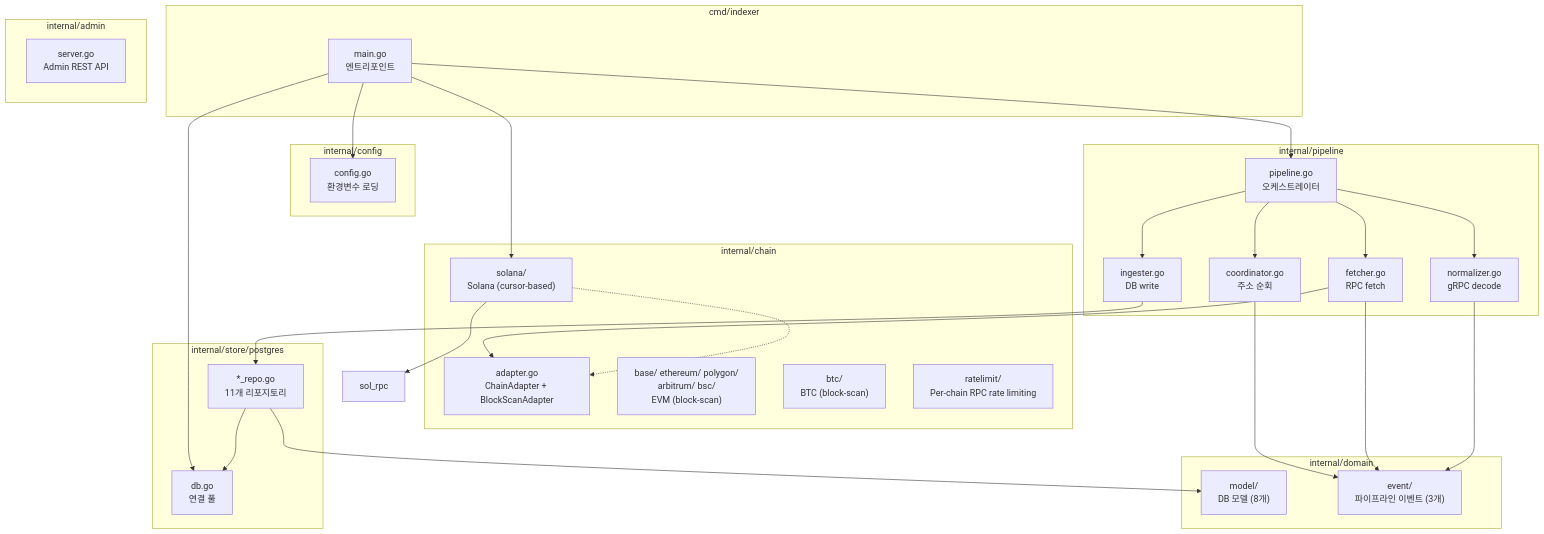
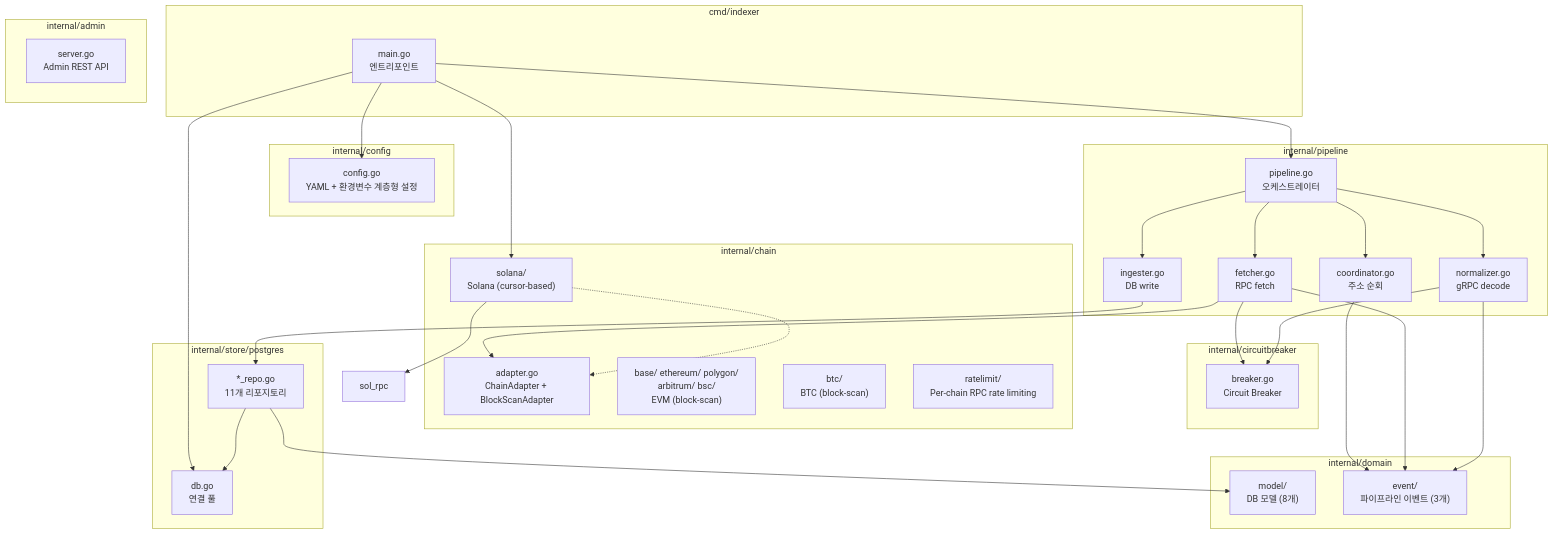
One commit to emperorhan/multichain-indexer changed the third of 8 diagrams in docs/architecture.md. Above: the diagram before and after it, drawn with Mermaid. The commit also changed other lines of this file and 8 other files, not shown here.

````diff
--- a/docs/architecture.md
+++ b/docs/architecture.md
@@ -129,58 +132,64 @@
 ```mermaid
 graph TB
     subgraph "cmd/indexer"
         main["main.go<br/>엔트리포인트"]
     end
 
     subgraph "internal/config"
-        config["config.go<br/>환경변수 로딩"]
+        config["config.go<br/>YAML + 환경변수 계층형 설정"]
+    end
+
+    subgraph "internal/circuitbreaker"
+        cb["breaker.go<br/>Circuit Breaker"]
     end
 
     subgraph "internal/pipeline"
         pipeline["pipeline.go<br/>오케스트레이터"]
         coord["coordinator.go<br/>주소 순회"]
         fetch["fetcher.go<br/>RPC fetch"]
         norm["normalizer.go<br/>gRPC decode"]
         ingest["ingester.go<br/>DB write"]
     end
 
     subgraph "internal/chain"
         adapter_if["adapter.go<br/>ChainAdapter + BlockScanAdapter"]
         sol_adapter["solana/<br/>Solana (cursor-based)"]
         evm_adapters["base/ ethereum/ polygon/<br/>arbitrum/ bsc/<br/>EVM (block-scan)"]
         btc_adapter["btc/<br/>BTC (block-scan)"]
         ratelimit["ratelimit/<br/>Per-chain RPC rate limiting"]
     end
 
     subgraph "internal/admin"
         admin_api["server.go<br/>Admin REST API"]
     end
 
     subgraph "internal/store/postgres"
         db["db.go<br/>연결 풀"]
         repos["*_repo.go<br/>11개 리포지토리"]
     end
 
     subgraph "internal/domain"
         models["model/<br/>DB 모델 (8개)"]
         events["event/<br/>파이프라인 이벤트 (3개)"]
     end
 
     main --> config
     main --> pipeline
     main --> sol_adapter
     main --> db
     pipeline --> coord
     pipeline --> fetch
     pipeline --> norm
     pipeline --> ingest
+    fetch --> cb
     fetch --> adapter_if
+    norm --> cb
     sol_adapter --> sol_rpc
     sol_adapter -.-> adapter_if
     ingest --> repos
     repos --> db
     repos --> models
     coord --> events
     fetch --> events
     norm --> events
 ```
````
